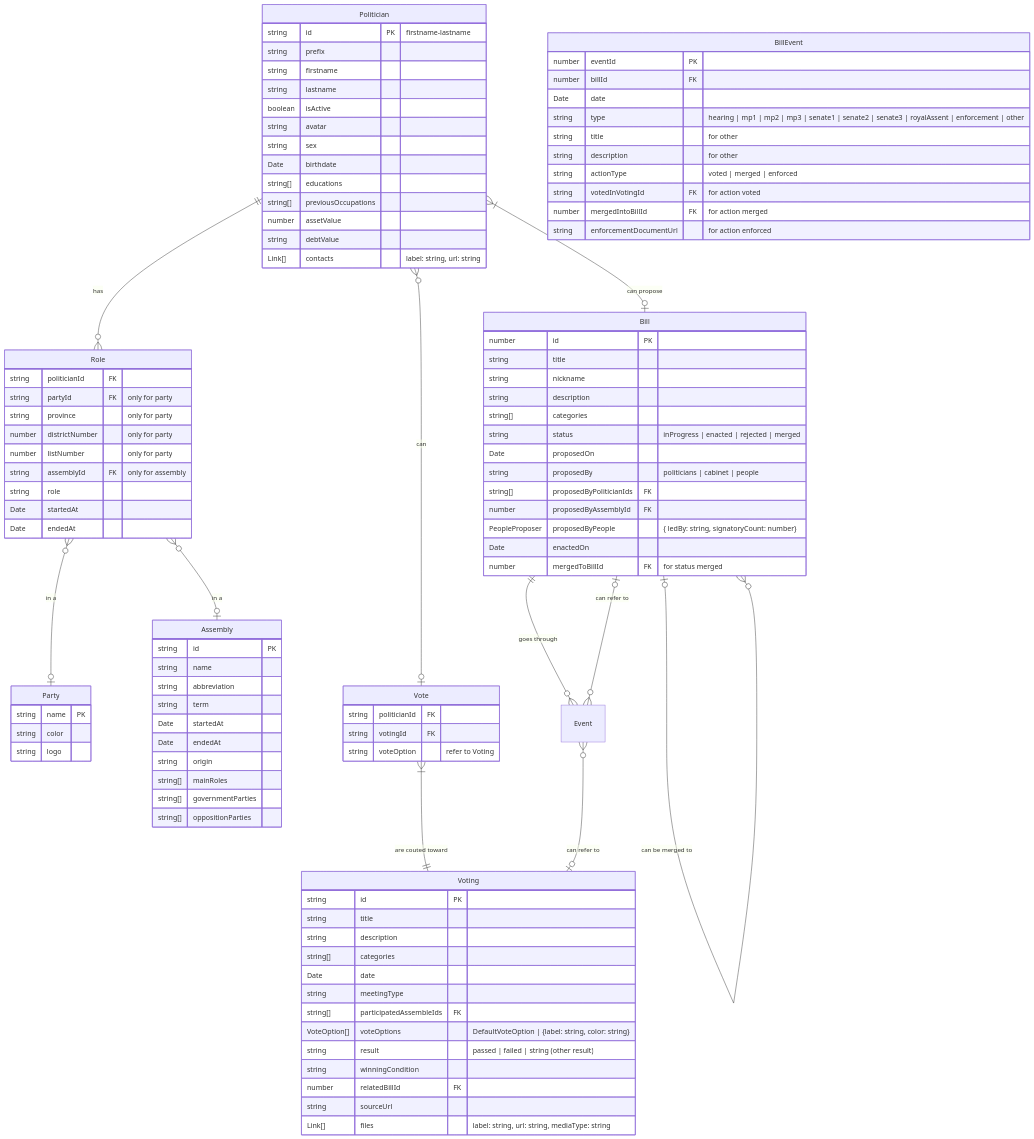
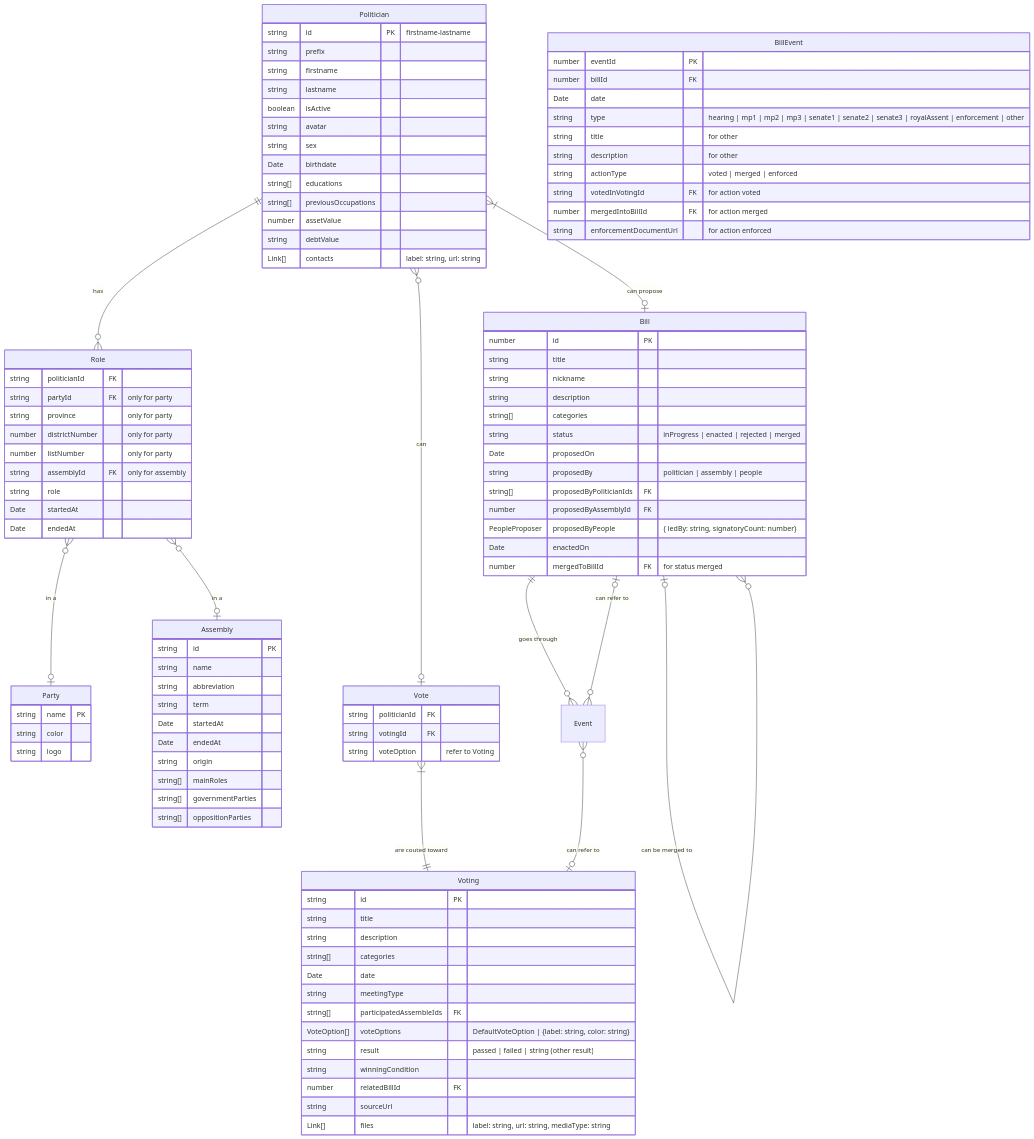
Before and after one commit to wevisdemo/parliament-watch: the diagram in src/models/README.md, drawn with Mermaid. The commit also changed 3 other files, not shown here.

Commit message:
feat: rename bill proposer cabinet to assembly

```diff
--- a/src/models/README.md
+++ b/src/models/README.md
@@ -68,7 +68,7 @@
     string[] categories
     string status "inProgress | enacted | rejected | merged"
     Date proposedOn
-    string proposedBy "politicians | cabinet | people"
+    string proposedBy "politician | assembly | people"
     string[] proposedByPoliticianIds FK
     number proposedByAssemblyId FK
     PeopleProposer proposedByPeople "{ ledBy: string, signatoryCount: number}"
```
